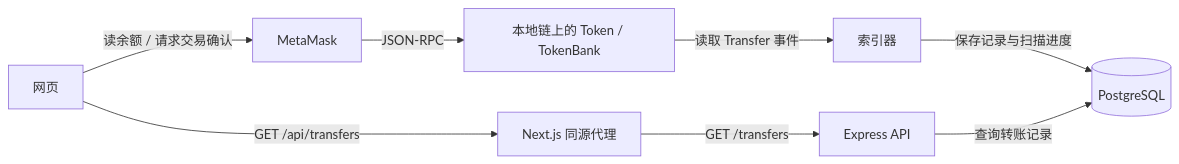
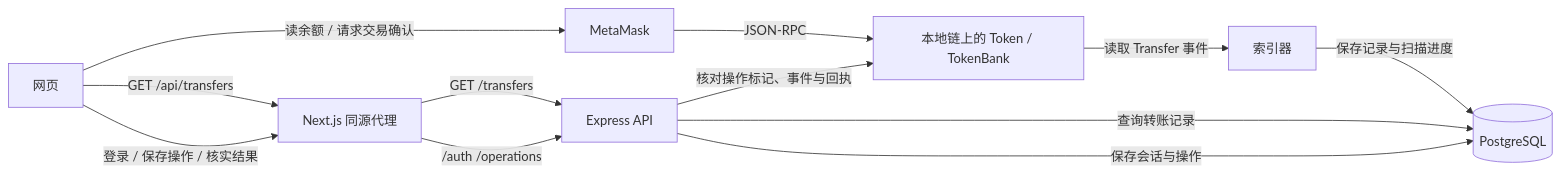
Before and after one commit to woyaofei303/block-chain-list: the second of 2 diagrams in tokenbank-fullstack-13/frontend/README.md, drawn with Mermaid. The commit also changed other lines of this file and 23 other files, not shown here.

````diff
--- a/tokenbank-fullstack-13/frontend/README.md
+++ b/tokenbank-fullstack-13/frontend/README.md
@@ -89,10 +89,14 @@
 ```mermaid
 flowchart LR
   UI[网页] -->|读余额 / 请求交易确认| Wallet[MetaMask]
   Wallet -->|JSON-RPC| Chain[本地链上的 Token / TokenBank]
   Chain -->|读取 Transfer 事件| Indexer[索引器]
   Indexer -->|保存记录与扫描进度| DB[(PostgreSQL)]
   UI -->|GET /api/transfers| Next[Next.js 同源代理]
+  UI -->|登录 / 保存操作 / 核实结果| Next
   Next -->|GET /transfers| Express[Express API]
+  Next -->|/auth /operations| Express
   Express -->|查询转账记录| DB
+  Express -->|保存会话与操作| DB
+  Express -->|核对操作标记、事件与回执| Chain
 ```
````
